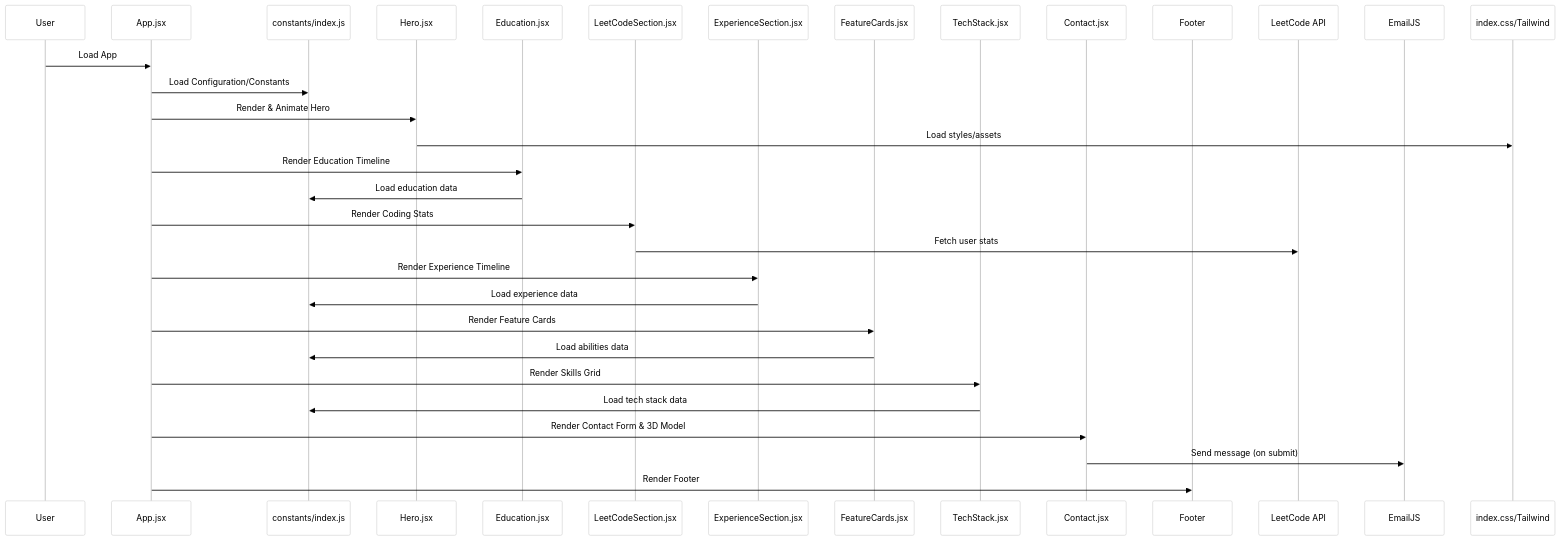
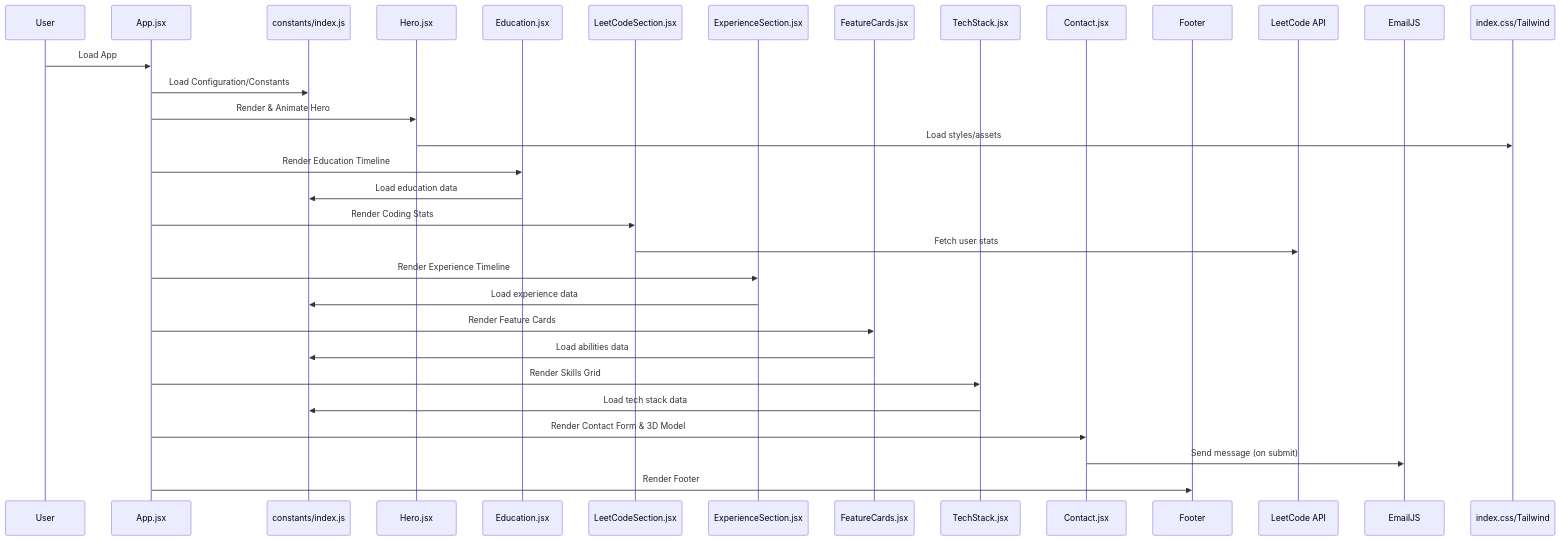
The first of 2 diagrams in README.md (DexTerMtor-Rahul/MyPortfolio), drawn with Mermaid before and after one commit. The commit also changed other lines of this file, not shown here.

Commit message:
undo modification

````diff
--- a/README.md
+++ b/README.md
@@ -21,36 +21,35 @@
 ```mermaid
-%%{init: {'theme':'base', 'themeVariables': {'primaryColor': '#ffffff', 'primaryTextColor': '#000000', 'primaryBorderColor': '#cccccc', 'lineColor': '#666666', 'secondaryColor': '#f8f9fa', 'tertiaryColor': '#ffffff'}}}%%
 sequenceDiagram
     participant User
     participant App as App.jsx
     participant Config as constants/index.js
     participant Hero as Hero.jsx
     participant Education as Education.jsx
     participant LeetCode as LeetCodeSection.jsx
     participant Experience as ExperienceSection.jsx
     participant Features as FeatureCards.jsx
     participant TechStack as TechStack.jsx
     participant Contact as Contact.jsx
     participant Footer
     participant LeetCodeAPI as LeetCode API
     participant EmailJS as EmailJS
     participant Styled as index.css/Tailwind
 
     User->>App: Load App
     App->>Config: Load Configuration/Constants
     App->>Hero: Render & Animate Hero
     Hero->>Styled: Load styles/assets
     App->>Education: Render Education Timeline
     Education->>Config: Load education data
     App->>LeetCode: Render Coding Stats
     LeetCode->>LeetCodeAPI: Fetch user stats
     App->>Experience: Render Experience Timeline
     Experience->>Config: Load experience data
     App->>Features: Render Feature Cards
     Features->>Config: Load abilities data
     App->>TechStack: Render Skills Grid
     TechStack->>Config: Load tech stack data
     App->>Contact: Render Contact Form & 3D Model
     Contact->>EmailJS: Send message (on submit)
     App->>Footer: Render Footer
 ```
````
